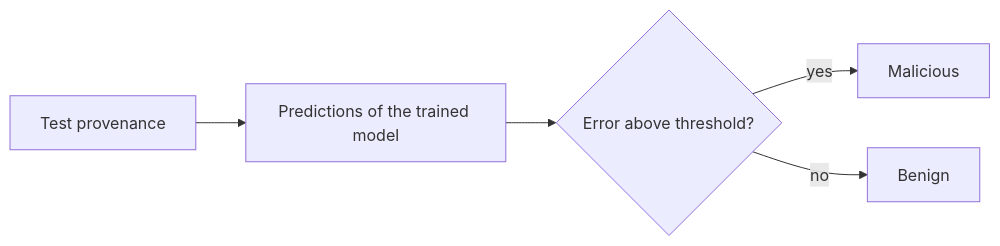
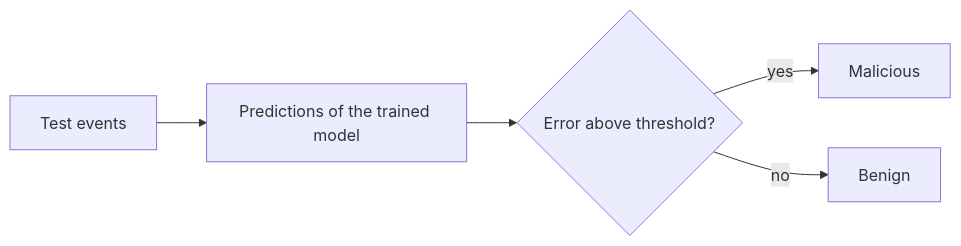
One commit to ubc-provenance/PIDSMaker changed the fourth of 5 diagrams in docs/docs/guide/background.md. Above: the diagram before and after it, drawn with Mermaid. The commit also changed other lines of this file and 12 other files, not shown here.

````diff
--- a/docs/docs/guide/background.md
+++ b/docs/docs/guide/background.md
@@ -76,6 +114,6 @@
 ```mermaid
 flowchart LR
-    E[Test provenance] --> F[Predictions of the trained model] --> G{Error above threshold?}
+    E[Test events] --> F[Predictions of the trained model] --> G{Error above threshold?}
     G -- yes --> H[Malicious]
     G -- no --> I[Benign]
 ```
````
